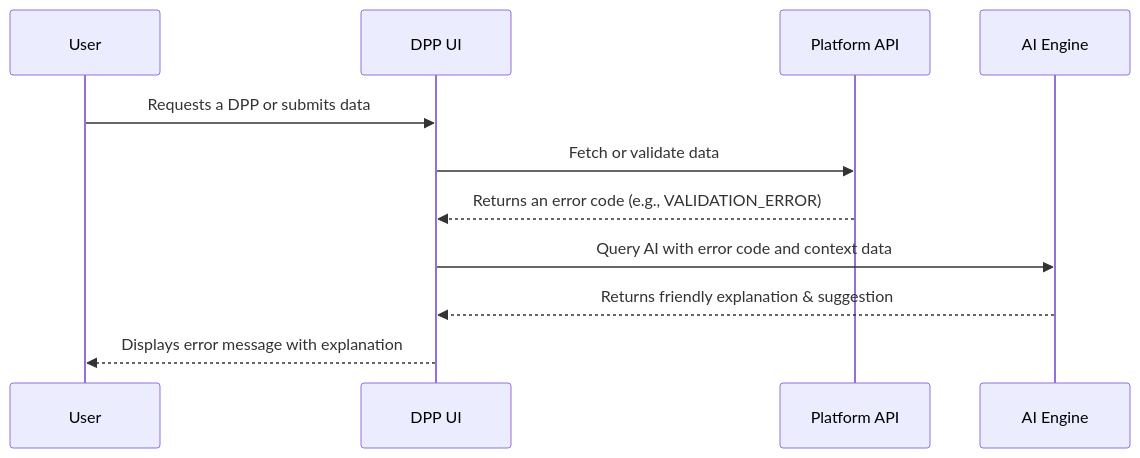
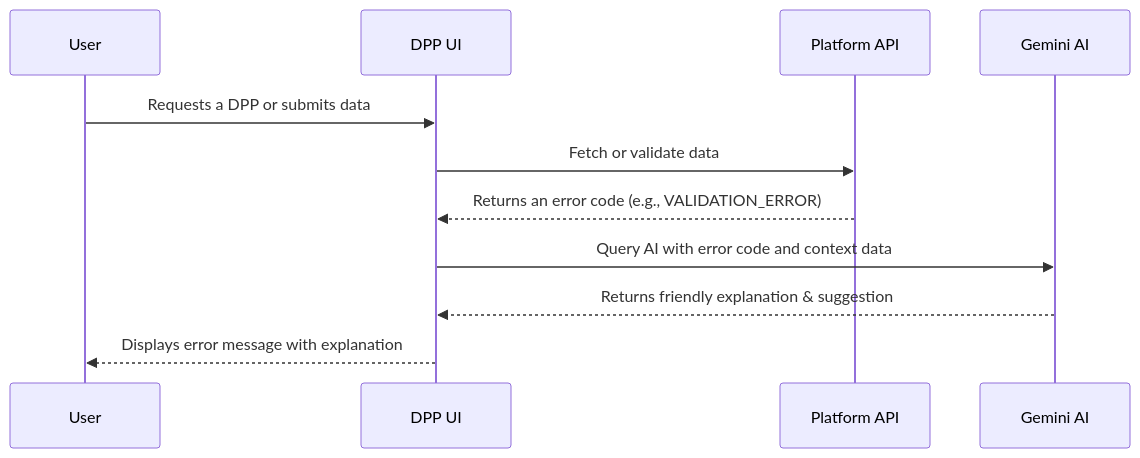
The diagram in src/docs/dpp-methodology.md (lucasnorruva/ENTv4), drawn with Mermaid before and after one commit. The commit also changed other lines of this file, not shown here.

````diff
--- a/src/docs/dpp-methodology.md
+++ b/src/docs/dpp-methodology.md
@@ -46,13 +45,13 @@
 ```mermaid
 sequenceDiagram
     participant U as User
     participant UI as DPP UI
     participant API as Platform API
-    participant AI as AI Engine
+    participant AI as Gemini AI
     U->>UI: Requests a DPP or submits data
     UI->>API: Fetch or validate data
     API-->>UI: Returns an error code (e.g., VALIDATION_ERROR)
     UI->>AI: Query AI with error code and context data
     AI-->>UI: Returns friendly explanation & suggestion
     UI-->>U: Displays error message with explanation
 ```
````
